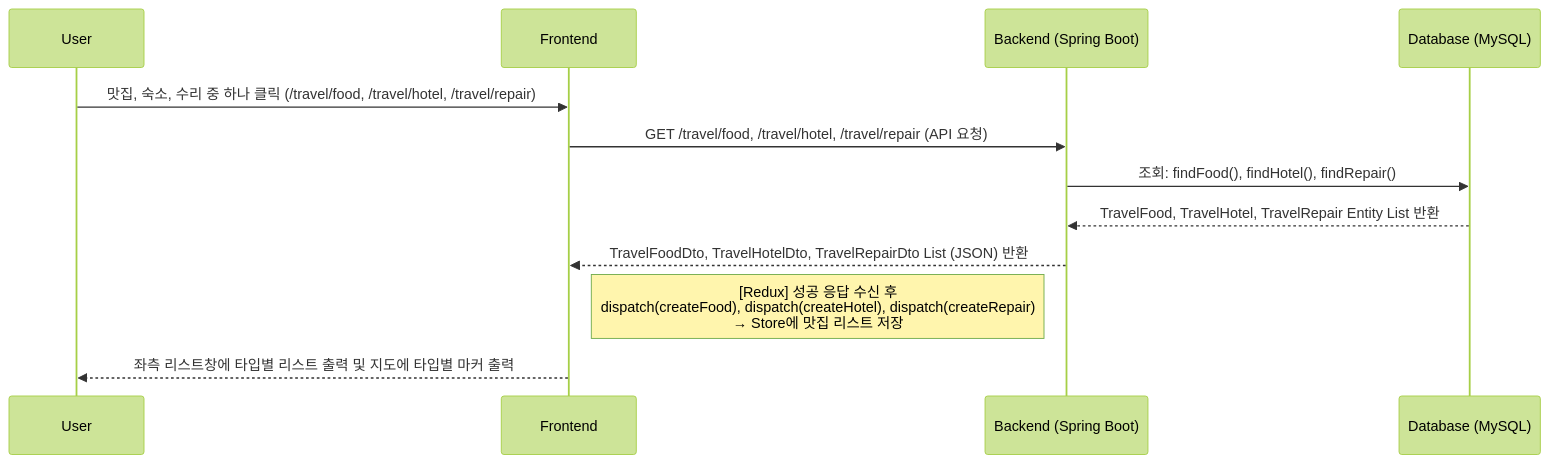
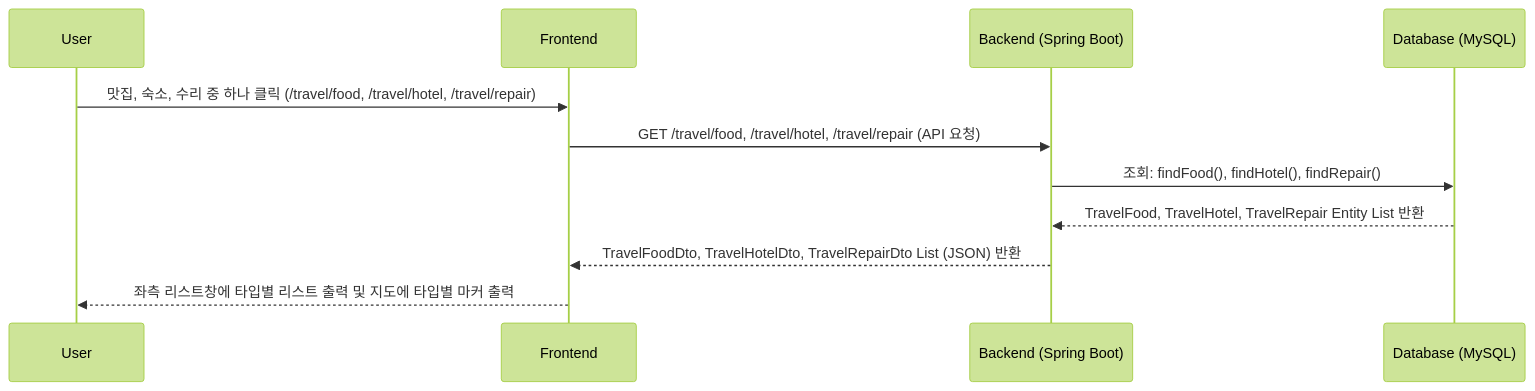
Before and after one commit to SUNGJISUCK95/teamproject: the second of 7 diagrams in bicycle-app/frontend/Travel.md, drawn with Mermaid (forest theme).

````diff
--- a/bicycle-app/frontend/Travel.md
+++ b/bicycle-app/frontend/Travel.md
@@ -20,18 +20,15 @@
 ```mermaid
 sequenceDiagram
     participant User
     participant Frontend as Frontend
     participant Backend as Backend (Spring Boot)
     participant DB as Database (MySQL)
     
     %% 2. 타입별 리스트 및 마커 출력
     User->>Frontend: 맛집, 숙소, 수리 중 하나 클릭 (/travel/food, /travel/hotel, /travel/repair)
     Frontend->>Backend: GET /travel/food, /travel/hotel, /travel/repair (API 요청)
     Backend->>DB: 조회: findFood(), findHotel(), findRepair()
     DB-->>Backend: TravelFood, TravelHotel, TravelRepair Entity List 반환
-    Backend-->>Frontend: TravelFoodDto, TravelHotelDto, TravelRepairDto List (JSON) 반환    
-    
-    Note right of Frontend: [Redux] 성공 응답 수신 후<br/>dispatch(createFood), dispatch(createHotel), dispatch(createRepair)<br/>→ Store에 맛집 리스트 저장
-    
+    Backend-->>Frontend: TravelFoodDto, TravelHotelDto, TravelRepairDto List (JSON) 반환        
     Frontend-->>User: 좌측 리스트창에 타입별 리스트 출력 및 지도에 타입별 마커 출력
 ```
````
